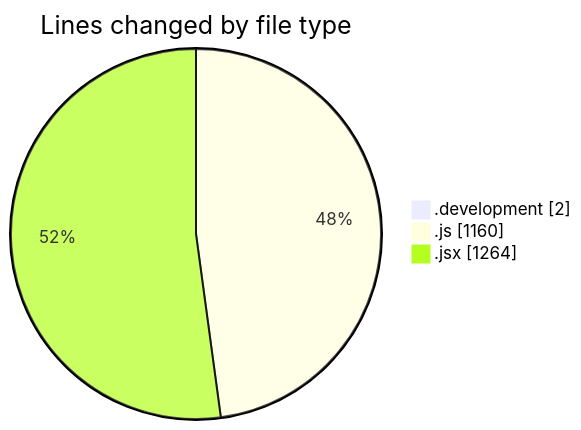
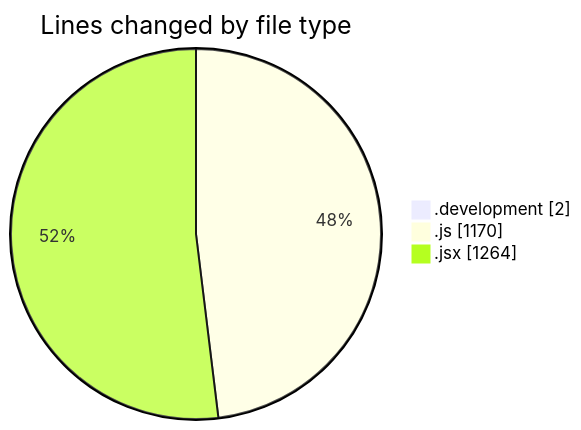
The first of 2 diagrams in 2025-11-10/nxtqube_webapp/README.md (nxtqubesakshisongat/code-tracking), drawn with Mermaid before and after one commit. The commit also changed other lines of this file and 1 other file, not shown here.

````diff
--- a/2025-11-10/nxtqube_webapp/README.md
+++ b/2025-11-10/nxtqube_webapp/README.md
@@ -29,7 +30,7 @@
 ```mermaid
 pie showData
 title Lines changed by file type
 ".development" : 2
-".js" : 1160
+".js" : 1170
 ".jsx" : 1264
 ```
````
